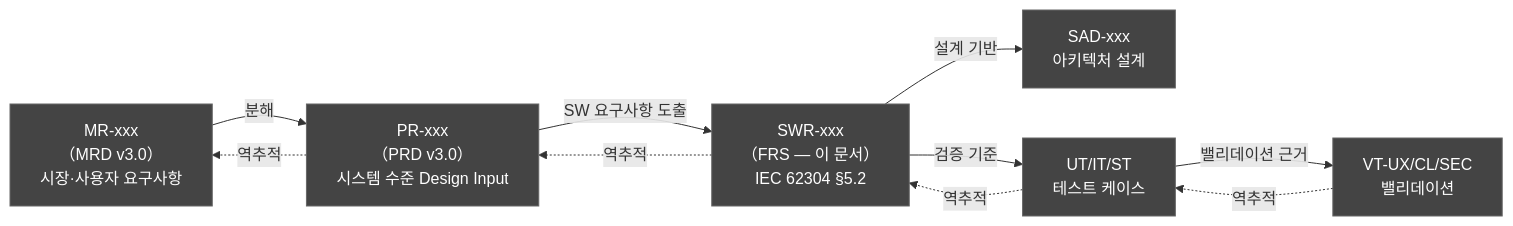
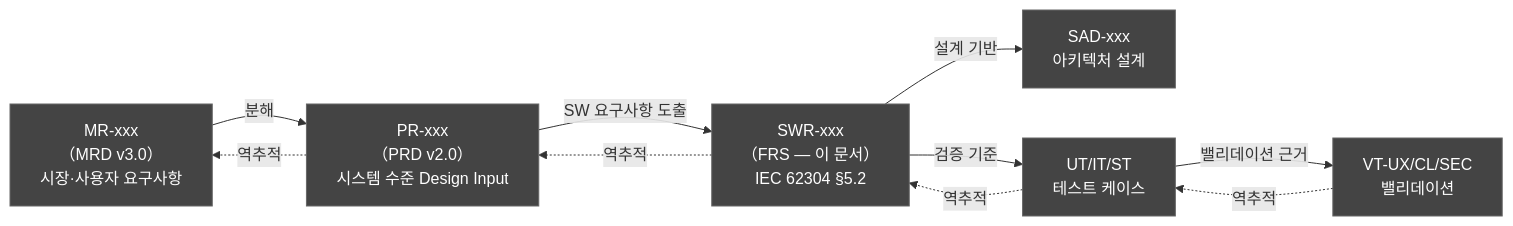
One commit to holee9/console-gui changed the eighth of 8 diagrams in docs/planning/DOC-004_FRS_v2.0.md. Above: the diagram before and after it, drawn with Mermaid. The commit also changed other lines of this file and 11 other files, not shown here.

````diff
--- a/docs/planning/DOC-004_FRS_v2.0.md
+++ b/docs/planning/DOC-004_FRS_v2.0.md
@@ -1014,26 +1014,26 @@
 ```mermaid
 flowchart LR
     MR["MR-xxx\n（MRD v3.0）\n시장·사용자 요구사항"]
-    PR["PR-xxx\n（PRD v3.0）\n시스템 수준 Design Input"]
+    PR["PR-xxx\n（PRD v2.0）\n시스템 수준 Design Input"]
     SWR_doc["SWR-xxx\n（FRS — 이 문서）\nIEC 62304 §5.2"]
     SAD_["SAD-xxx\n아키텍처 설계"]
     TC["UT/IT/ST\n테스트 케이스"]
     VT_["VT-UX/CL/SEC\n밸리데이션"]
 
     MR -->|"분해"| PR
     PR -->|"SW 요구사항 도출"| SWR_doc
     SWR_doc -->|"설계 기반"| SAD_
     SWR_doc -->|"검증 기준"| TC
     TC -->|"밸리데이션 근거"| VT_
 
     VT_ -.->|"역추적"| TC
     TC -.->|"역추적"| SWR_doc
     SWR_doc -.->|"역추적"| PR
     PR -.->|"역추적"| MR
 
     classDef default fill:#444,stroke:#666,color:#fff
     style MR fill:#444,color:#fff
     style PR fill:#444,color:#fff
     style SWR_doc fill:#444,color:#fff
     style VT_ fill:#444,color:#fff
 ```
````
